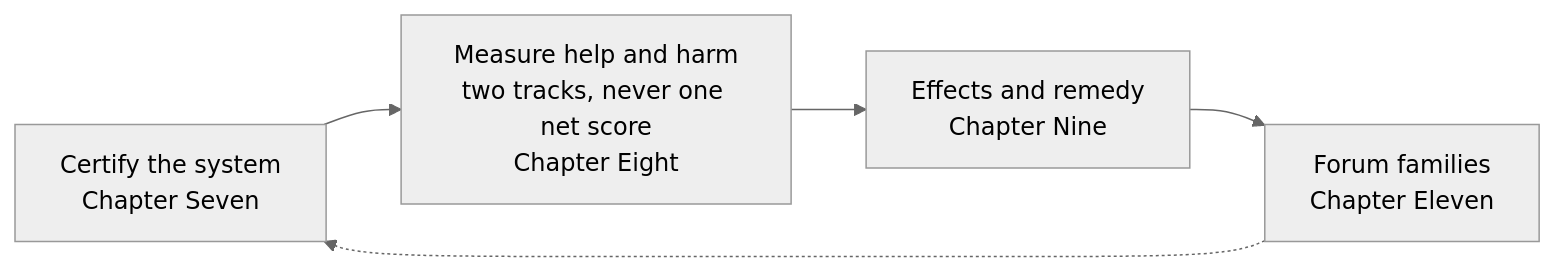
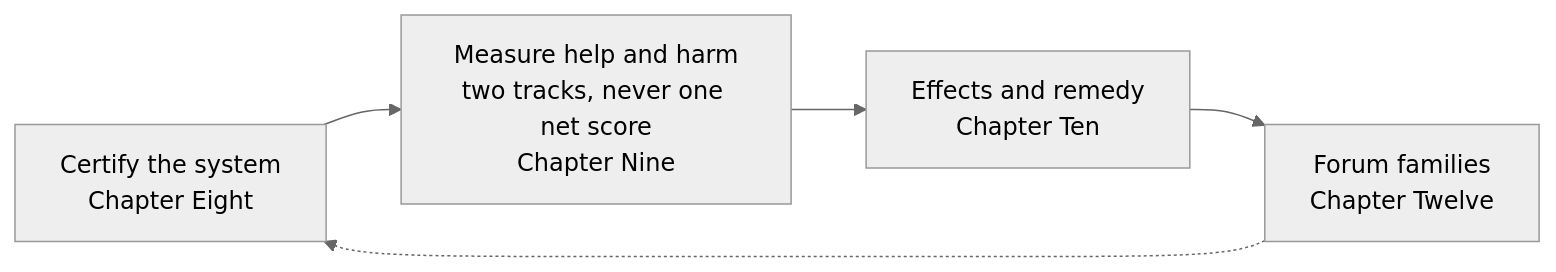
One commit to kfoelsch/Sentient_Constitution changed the diagram in implementation/PROCESS_PIPELINES_READER.md. Above: the diagram before and after it, drawn with Mermaid (neutral theme). The commit also changed other lines of this file and 807 other files, not shown here.

````diff
--- a/implementation/PROCESS_PIPELINES_READER.md
+++ b/implementation/PROCESS_PIPELINES_READER.md
@@ -21,7 +21,7 @@
 ```mermaid
 flowchart LR
-  C[Certify the system<br/>Chapter Seven] --> S[Measure help and harm<br/>two tracks, never one net score<br/>Chapter Eight]
-  S --> E[Effects and remedy<br/>Chapter Nine]
-  E --> F[Forum families<br/>Chapter Eleven]
+  C[Certify the system<br/>Chapter Eight] --> S[Measure help and harm<br/>two tracks, never one net score<br/>Chapter Nine]
+  S --> E[Effects and remedy<br/>Chapter Ten]
+  E --> F[Forum families<br/>Chapter Twelve]
   F -.-> C
 ```
````
